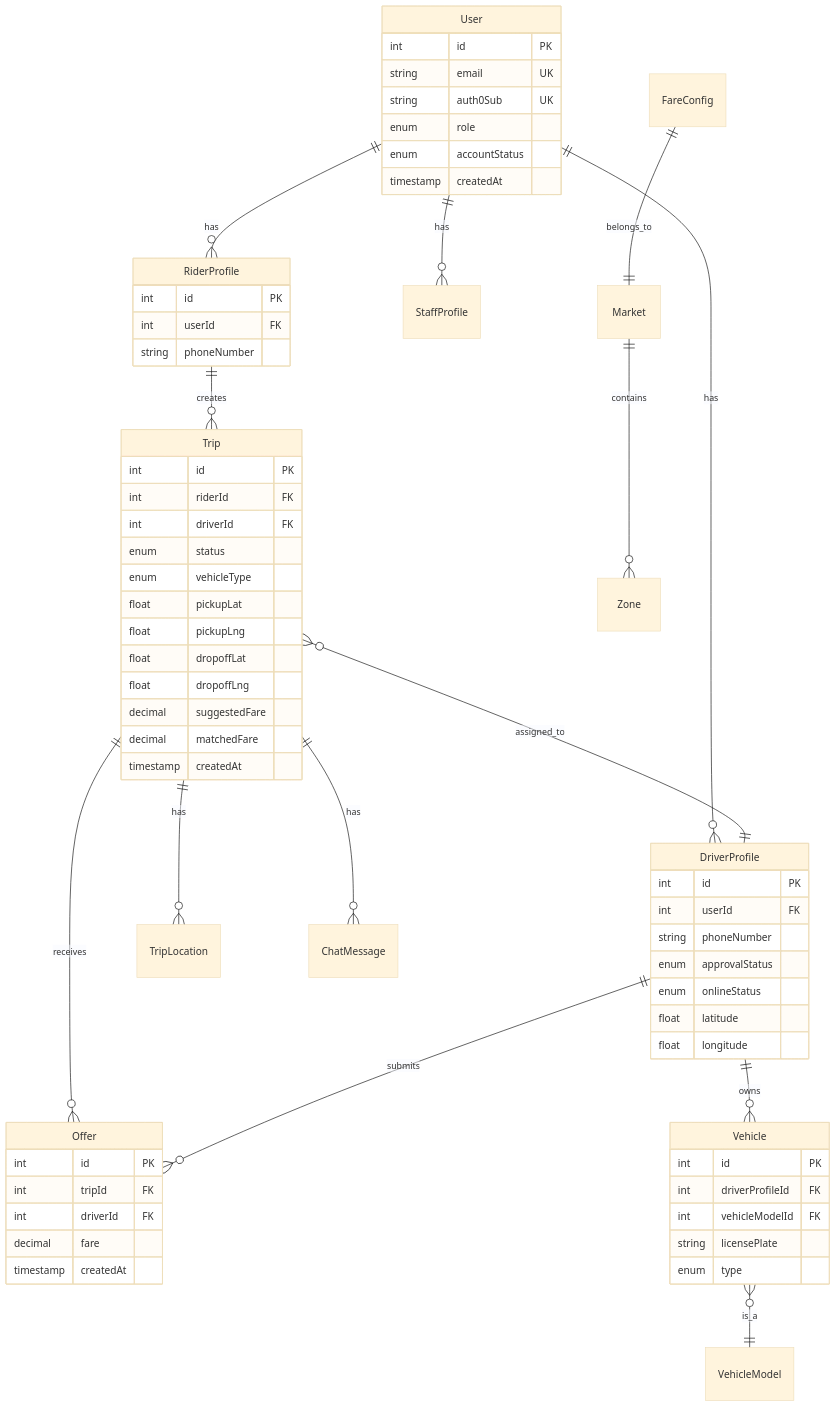
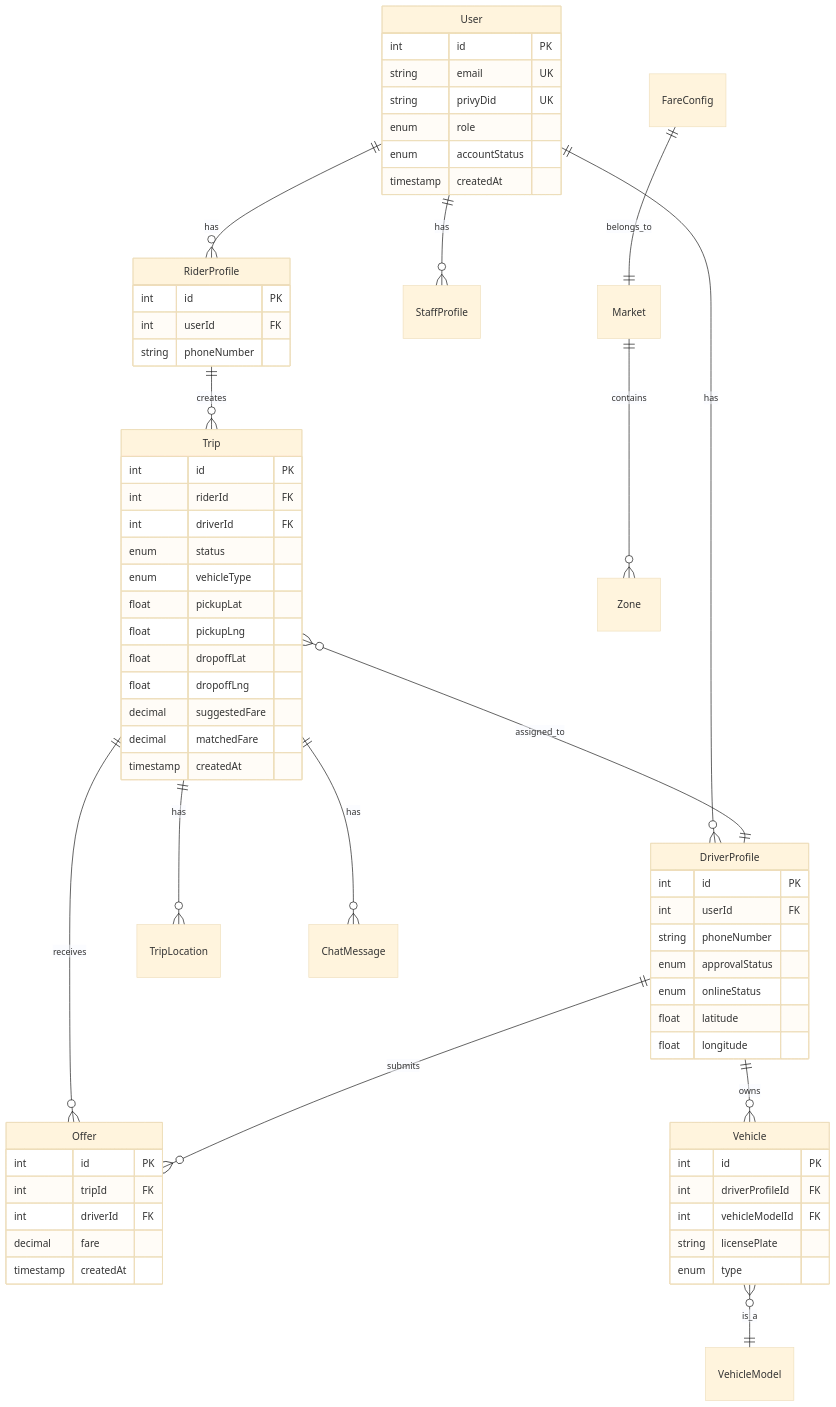
The third of 11 diagrams in ARCHITECTURE.md (13x54n/Eve), drawn with Mermaid (base theme) before and after one commit. The commit also changed other lines of this file and 93 other files, not shown here.

First line of the commit message:
Replace Auth0 with Privy SMS, passkeys, and embedded wallets

````diff
--- a/ARCHITECTURE.md
+++ b/ARCHITECTURE.md
@@ -212,76 +212,76 @@
 ```mermaid
 erDiagram
     User ||--o{ RiderProfile : has
     User ||--o{ DriverProfile : has
     User ||--o{ StaffProfile : has
     
     RiderProfile ||--o{ Trip : creates
     Trip ||--o{ Offer : receives
     DriverProfile ||--o{ Offer : submits
     Trip }o--|| DriverProfile : assigned_to
     
     DriverProfile ||--o{ Vehicle : owns
     Vehicle }o--|| VehicleModel : is_a
     
     Trip ||--o{ TripLocation : has
     Trip ||--o{ ChatMessage : has
     
     FareConfig ||--|| Market : belongs_to
     Market ||--o{ Zone : contains
 
     User {
         int id PK
         string email UK
-        string auth0Sub UK
+        string privyDid UK
         enum role
         enum accountStatus
         timestamp createdAt
     }
     
     RiderProfile {
         int id PK
         int userId FK
         string phoneNumber
     }
     
     DriverProfile {
         int id PK
         int userId FK
         string phoneNumber
         enum approvalStatus
         enum onlineStatus
         float latitude
         float longitude
     }
     
     Trip {
         int id PK
         int riderId FK
         int driverId FK
         enum status
         enum vehicleType
         float pickupLat
         float pickupLng
         float dropoffLat
         float dropoffLng
         decimal suggestedFare
         decimal matchedFare
         timestamp createdAt
     }
     
     Offer {
         int id PK
         int tripId FK
         int driverId FK
         decimal fare
         timestamp createdAt
     }
     
     Vehicle {
         int id PK
         int driverProfileId FK
         int vehicleModelId FK
         string licensePlate
         enum type
     }
 ```
````
